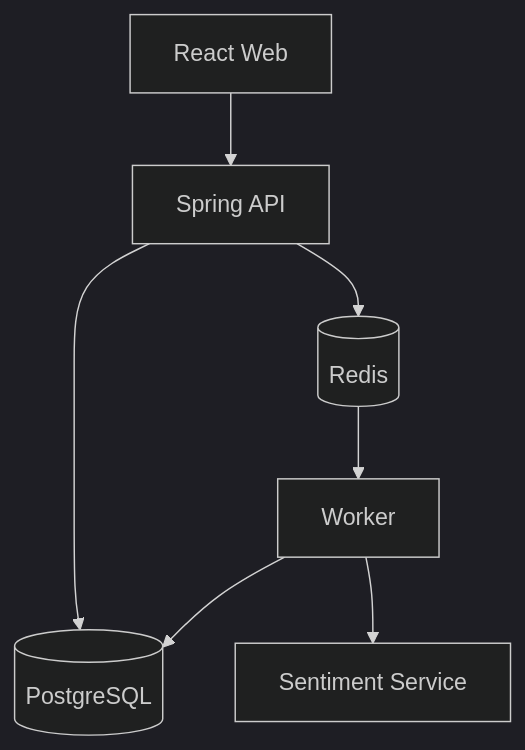
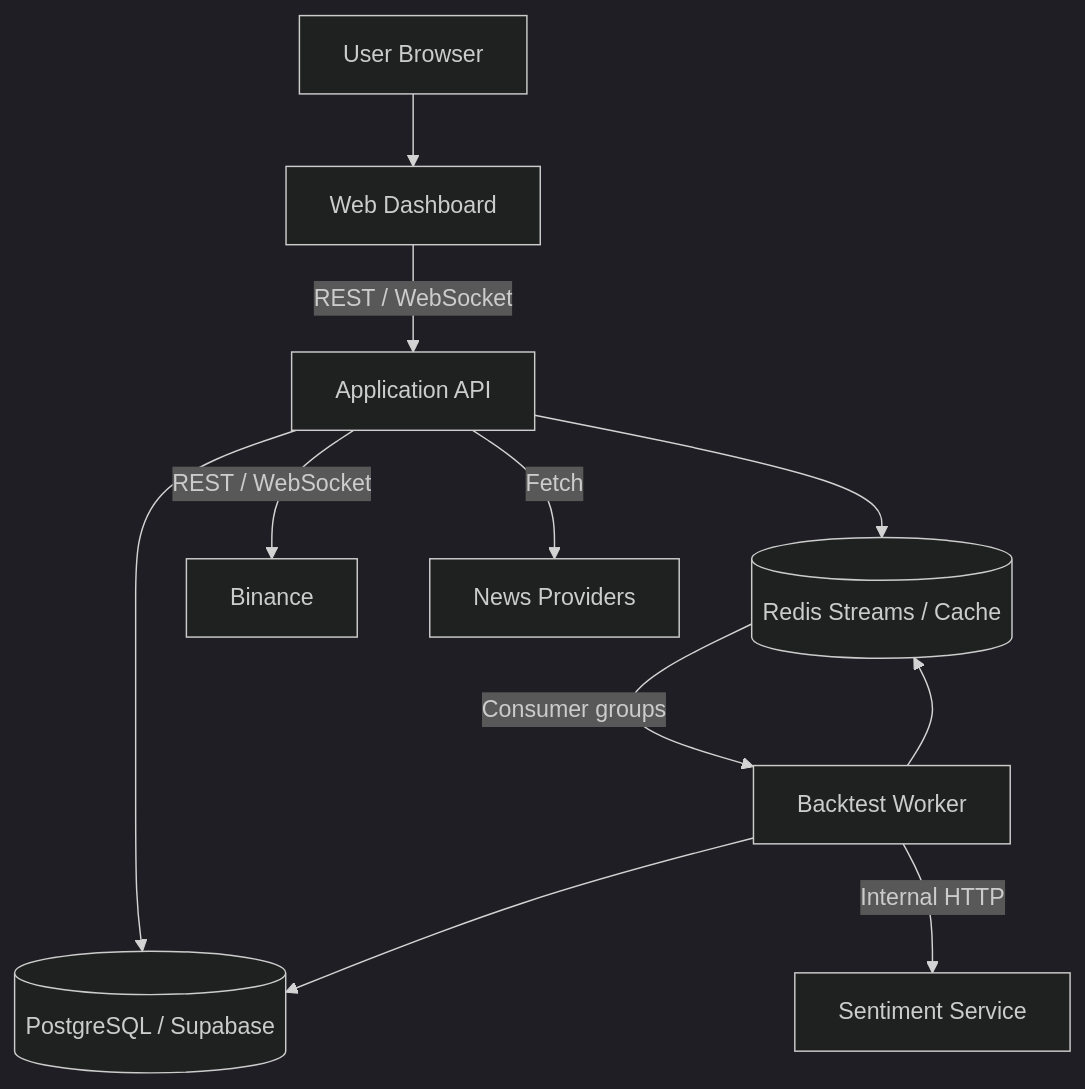
One commit to PhamVanMinhBinhThuan/crypto-strategy-platform changed the diagram in docs/architecture/container-view.md. Above: the diagram before and after it, drawn with Mermaid (dark theme). The commit also changed other lines of this file and 31 other files, not shown here.

Commit message:
docs: complete architecture decisions and verification plan

````diff
--- a/docs/architecture/container-view.md
+++ b/docs/architecture/container-view.md
@@ -12,16 +13,23 @@
 ```mermaid
 flowchart TB
-    WEB[React Web]
-    API[Spring API]
-    WORKER[Worker]
+    USER[User Browser]
+    WEB[Web Dashboard]
+    API[Application API]
+    WORKER[Backtest Worker]
     SENTIMENT[Sentiment Service]
-    DB[(PostgreSQL)]
-    REDIS[(Redis)]
+    DB[(PostgreSQL / Supabase)]
+    REDIS[(Redis Streams / Cache)]
+    BINANCE[Binance]
+    NEWS[News Providers]
 
-    WEB --> API
+    USER --> WEB
+    WEB -->|REST / WebSocket| API
+    API -->|REST / WebSocket| BINANCE
+    API -->|Fetch| NEWS
     API --> DB
     API --> REDIS
-    REDIS --> WORKER
+    REDIS -->|Consumer groups| WORKER
     WORKER --> DB
-    WORKER --> SENTIMENT
+    WORKER --> REDIS
+    WORKER -->|Internal HTTP| SENTIMENT
 ```
````
